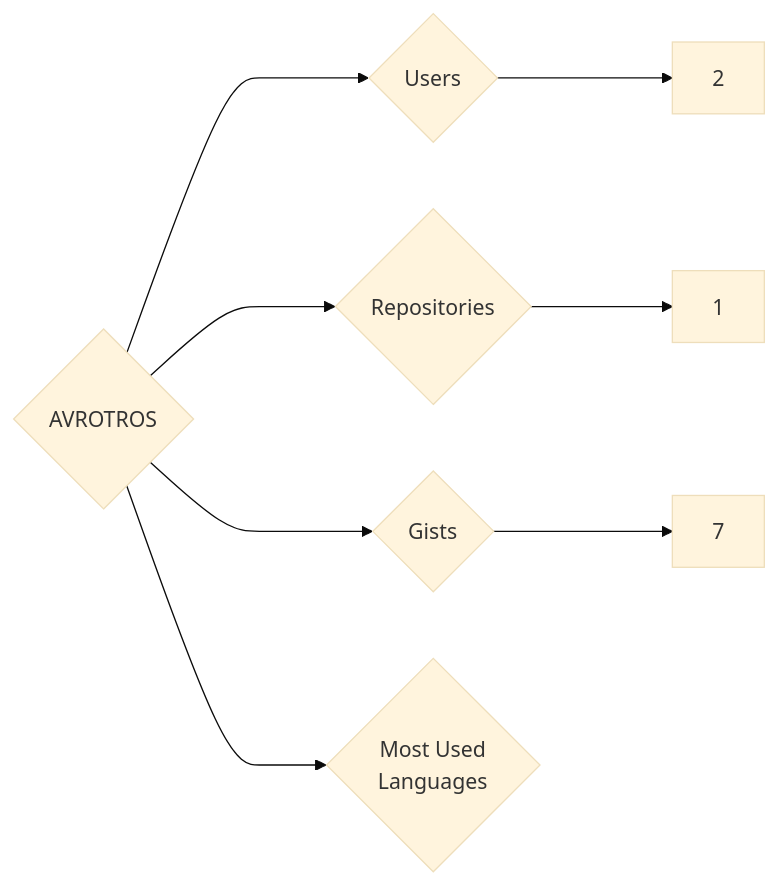
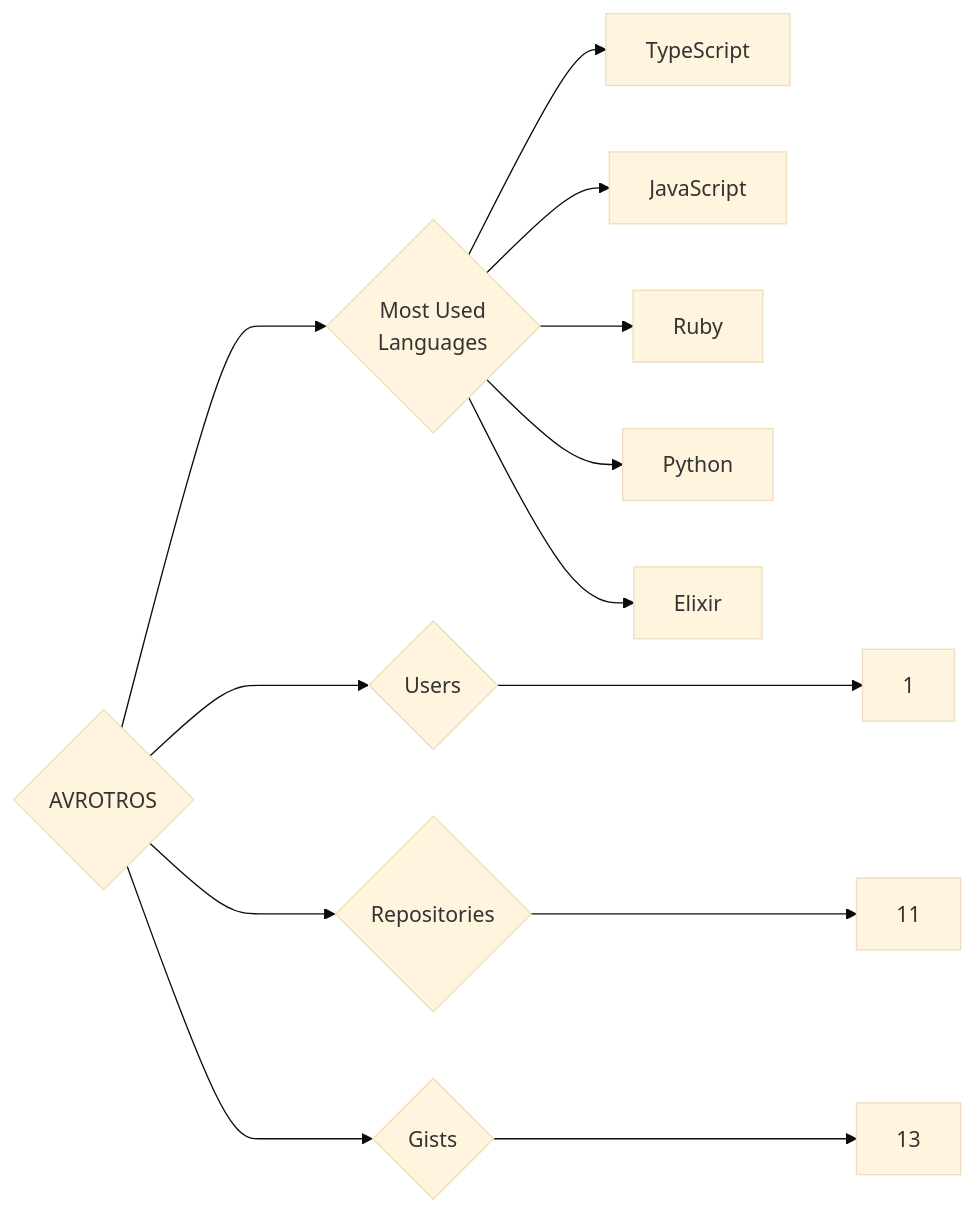
Before and after one commit to trickest/insiders: the diagram in targets/AVROTROS/README.md, drawn with Mermaid (base theme). The commit also changed 1212 other files, not shown here.

````diff
--- a/targets/AVROTROS/README.md
+++ b/targets/AVROTROS/README.md
@@ -3,8 +3,13 @@
 ```mermaid
 graph LR
 COMPANY_NAME{AVROTROS}
-COMPANY_NAME ---> U{Users} ---> UN[2]
-COMPANY_NAME ---> R{Repositories} ---> RN[1]
-COMPANY_NAME ---> G{Gists} ---> GN[7]
+COMPANY_NAME ---> U{Users} ---> UN[1]
+COMPANY_NAME ---> R{Repositories} ---> RN[11]
+COMPANY_NAME ---> G{Gists} ---> GN[13]
 COMPANY_NAME ---> ML{Most Used<br>Languages}
+ML --> TypeScript[TypeScript]
+ML --> JavaScript[JavaScript]
+ML --> Ruby[Ruby]
+ML --> Python[Python]
+ML --> Elixir[Elixir]
 ```
````
